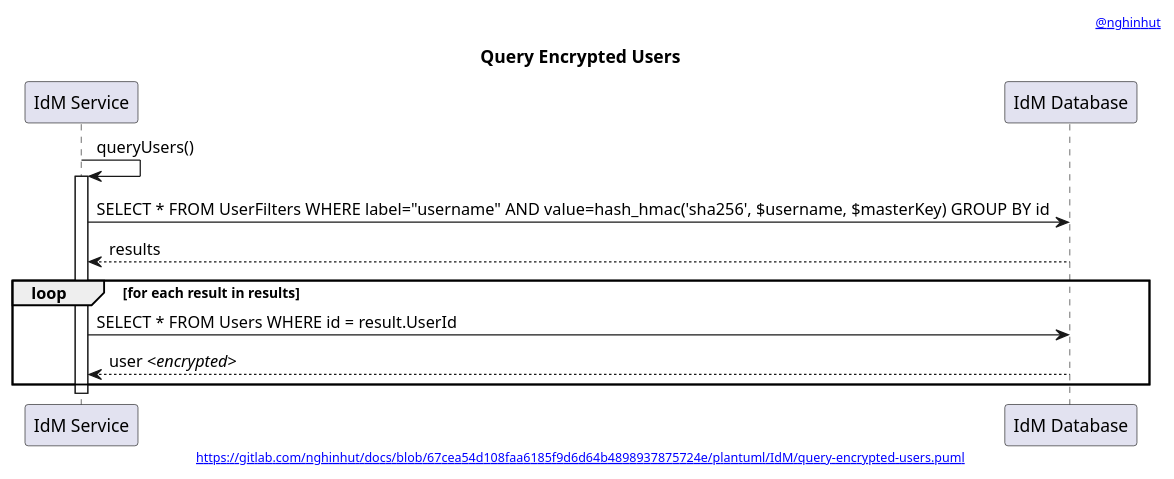
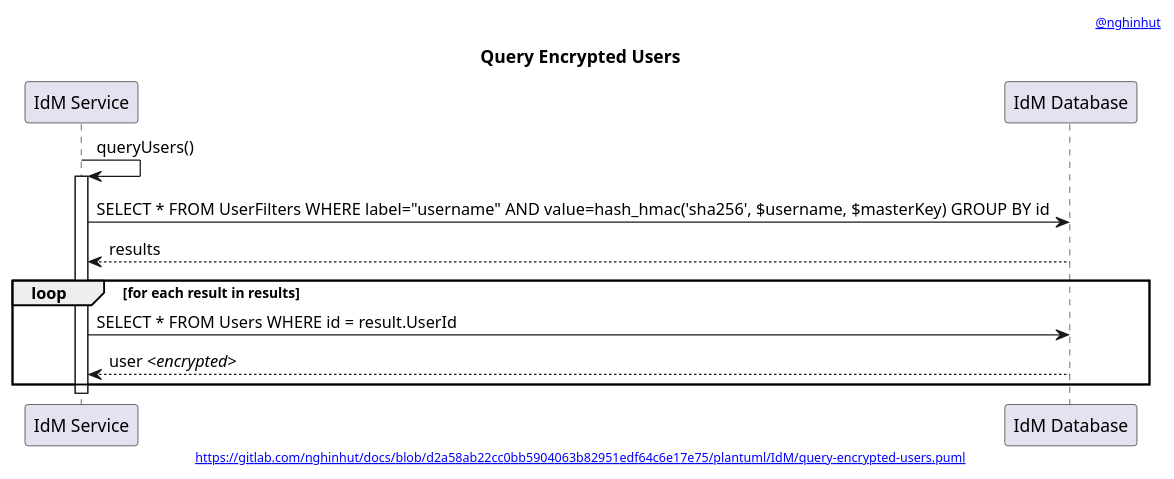
One commit to nghinhut/docs changed the diagram in plantuml/IdM/query-encrypted-users.function.puml. Above: the diagram before and after it, drawn with PlantUML. The commit also changed 24 other files, not shown here.

Commit message:
docs(plantuml): update headers

```diff
--- a/plantuml/IdM/query-encrypted-users.function.puml
+++ b/plantuml/IdM/query-encrypted-users.function.puml
@@ -1,22 +1,22 @@
 @startuml
 '-----START auto generated metadata please keep comment here to allow auto update-----
 '-----DON'T EDIT THIS SECTION, INSTEAD RE-RUN prebuild.sh TO UPDATE-----
-header [[https://www.nghinhut.dev?from=http%5C%3A%5C%2F%5C%2Fwww%5C.plantuml%5C.com%5C%2Fplantuml%5C%2Fproxy%3Ffmt%3Dsvg%5C%26src%3Dhttps%5C%3A%5C%2F%5C%2Fgitlab%5C.com%5C%2Fnghinhut%5C%2Fdocs%5C%2Fraw%5C%2F67cea54d108faa6185f9d6d64b4898937875724e%5C%2Fplantuml%5C%2FIdM%5C%2Fquery-encrypted-users%5C.puml%0A @nghinhut]]
-footer [[http://www.plantuml.com/plantuml/proxy?fmt=svg&src=https://gitlab.com/nghinhut/docs/raw/67cea54d108faa6185f9d6d64b4898937875724e/plantuml/IdM/query-encrypted-users.puml https://gitlab.com/nghinhut/docs/blob/67cea54d108faa6185f9d6d64b4898937875724e/plantuml/IdM/query-encrypted-users.puml]]
+header [[https://www.nghinhut.dev?from=http%5C%3A%5C%2F%5C%2Fwww%5C.plantuml%5C.com%5C%2Fplantuml%5C%2Fproxy%3Ffmt%3Dsvg%5C%26src%3Dhttps%5C%3A%5C%2F%5C%2Fgitlab%5C.com%5C%2Fnghinhut%5C%2Fdocs%5C%2Fraw%5C%2Fd2a58ab22cc0bb5904063b82951edf64c6e17e75%5C%2Fplantuml%5C%2FIdM%5C%2Fquery-encrypted-users%5C.puml%0A @nghinhut]]
+footer [[http://www.plantuml.com/plantuml/proxy?fmt=svg&src=https://gitlab.com/nghinhut/docs/raw/d2a58ab22cc0bb5904063b82951edf64c6e17e75/plantuml/IdM/query-encrypted-users.puml https://gitlab.com/nghinhut/docs/blob/d2a58ab22cc0bb5904063b82951edf64c6e17e75/plantuml/IdM/query-encrypted-users.puml]]
 '-----END auto generated metadata please keep comment here to allow auto update-----
 title Query Encrypted Users
 
 participant "IdM Service" as idm
 participant "IdM Database" as db
 
 idm -> idm : queryUsers()
 activate idm
     idm -> db : SELECT * FROM UserFilters WHERE label="username" AND value=hash_hmac('sha256', $username, $masterKey) GROUP BY id
     idm <-- db : results
 
     loop for each result in results
         idm -> db : SELECT * FROM Users WHERE id = result.UserId
         idm <-- db : user <//encrypted//>
     end
 deactivate idm
 @enduml
```
